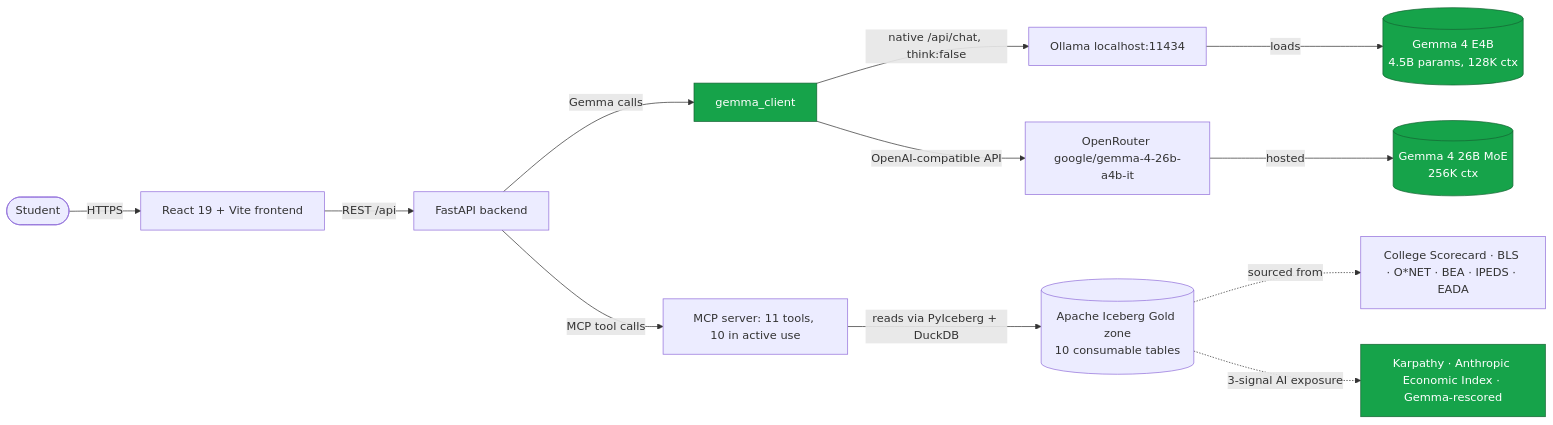
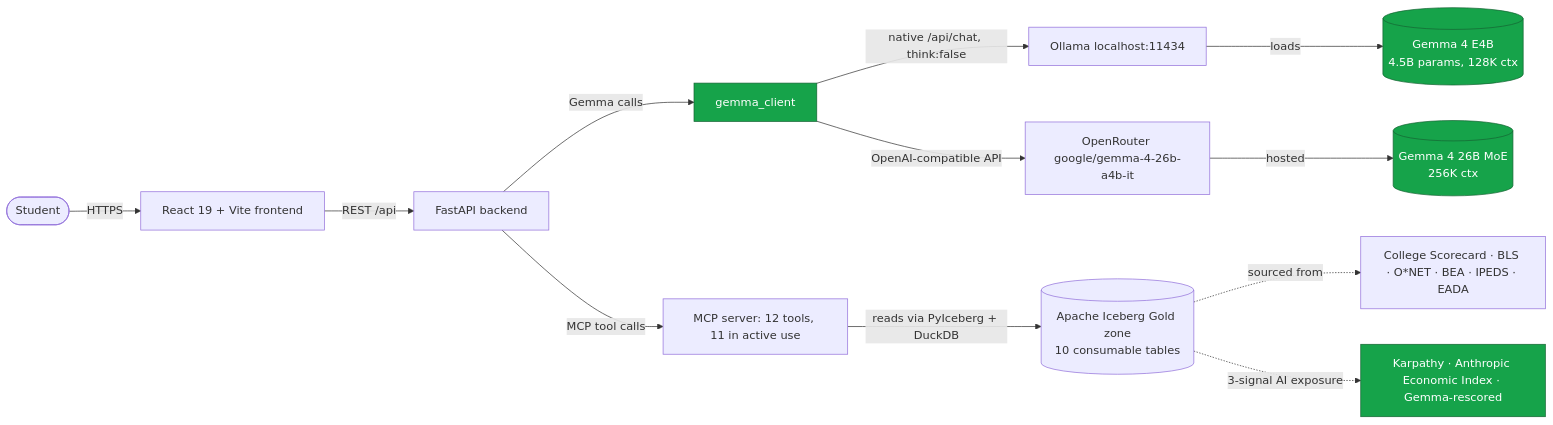
Before and after one commit to jcernauske/futureproof-data: the second of 2 diagrams in README.md, drawn with Mermaid. The commit also changed other lines of this file and 2 other files, not shown here.

````diff
--- a/README.md
+++ b/README.md
@@ -82,17 +82,17 @@
 ```mermaid
 flowchart LR
   U([Student]) -->|HTTPS| FE[React 19 + Vite frontend]
   FE -->|REST /api| BE[FastAPI backend]
   BE -->|Gemma calls| GC[gemma_client]
   GC -->|native /api/chat, think:false| OL[Ollama localhost:11434]
   GC -->|OpenAI-compatible API| OR[OpenRouter google/gemma-4-26b-a4b-it]
   OL -->|loads| G4E[(Gemma 4 E4B<br/>4.5B params, 128K ctx)]
   OR -->|hosted| G4H[(Gemma 4 26B MoE<br/>256K ctx)]
-  BE -->|MCP tool calls| MCP[MCP server: 11 tools, 10 in active use]
+  BE -->|MCP tool calls| MCP[MCP server: 12 tools, 11 in active use]
   MCP -->|reads via PyIceberg + DuckDB| GOLD[(Apache Iceberg Gold zone<br/>10 consumable tables)]
   GOLD -.->|sourced from| SRC[College Scorecard · BLS · O*NET · BEA · IPEDS · EADA]
   GOLD -.->|3-signal AI exposure| AIEX[Karpathy · Anthropic Economic Index · Gemma-rescored]
 
   classDef gemma fill:#16a34a,stroke:#166534,color:#ffffff
   class GC,G4E,G4H,AIEX gemma
 ```
````
